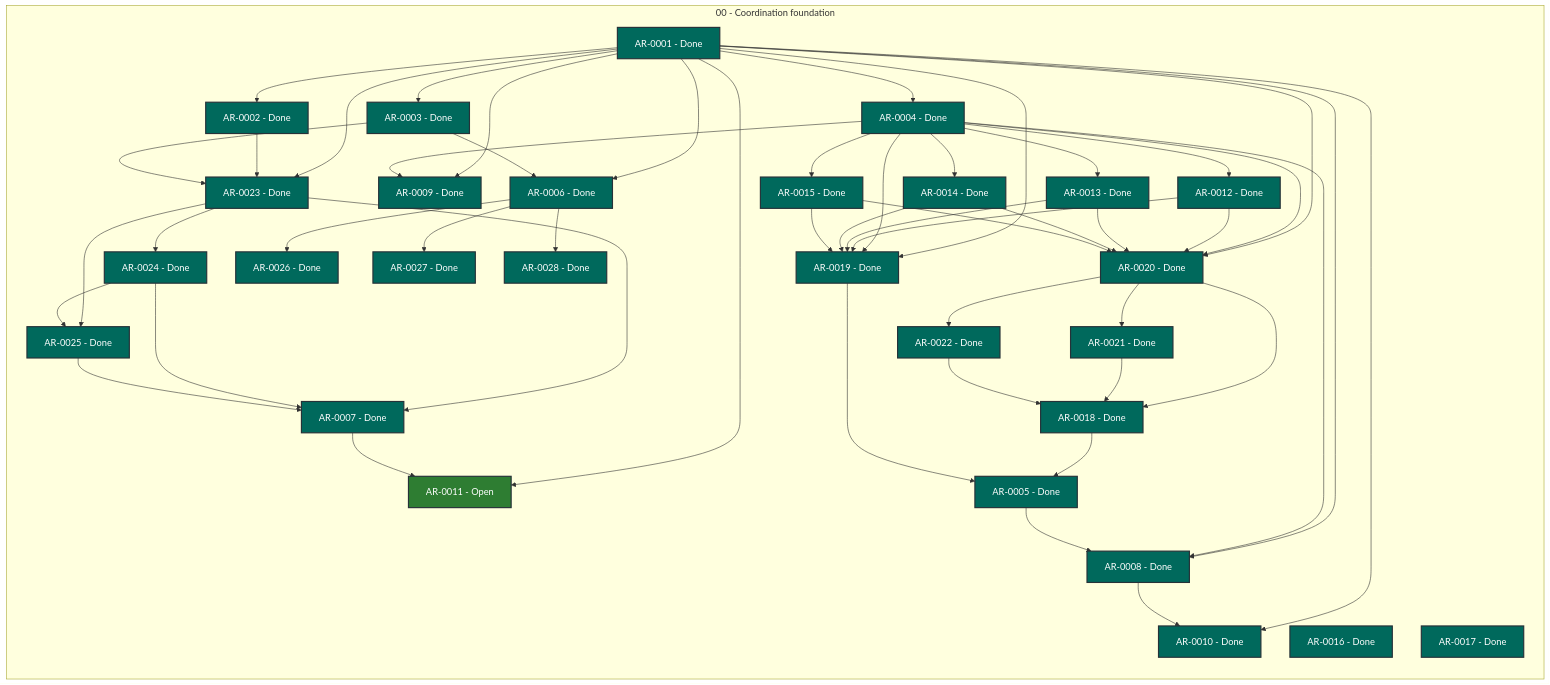
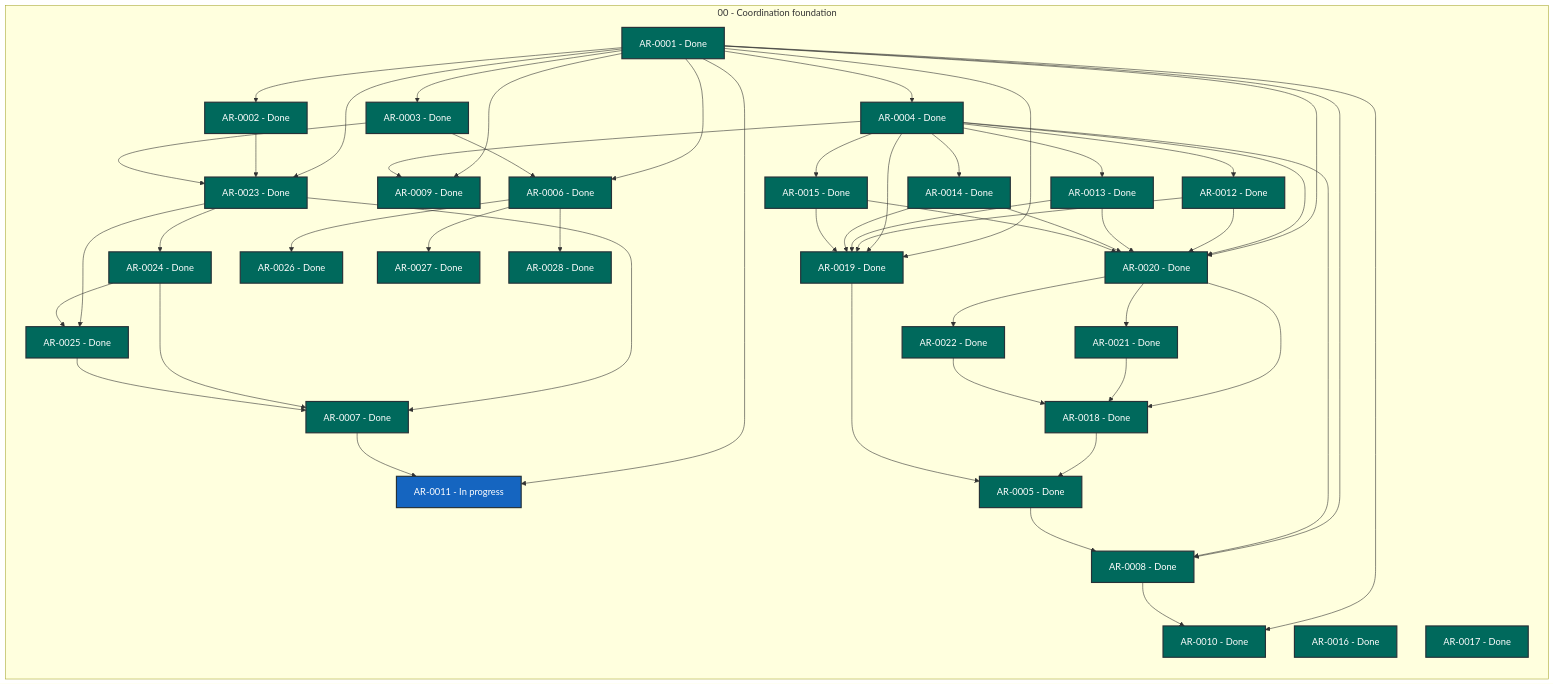
The diagram in STATUS.md (martin-beck/agent-workflow-quality-state), drawn with Mermaid before and after one commit. The commit also changed other lines of this file and 2 other files, not shown here.

```diff
--- a/STATUS.md
+++ b/STATUS.md
@@ -38,7 +38,7 @@
         AR_0008["AR-0008 - Done"]:::status_done
         AR_0009["AR-0009 - Done"]:::status_done
         AR_0010["AR-0010 - Done"]:::status_done
-        AR_0011["AR-0011 - Open"]:::status_open
+        AR_0011["AR-0011 - In progress"]:::status_in_progress
         AR_0012["AR-0012 - Done"]:::status_done
         AR_0013["AR-0013 - Done"]:::status_done
         AR_0014["AR-0014 - Done"]:::status_done
```
